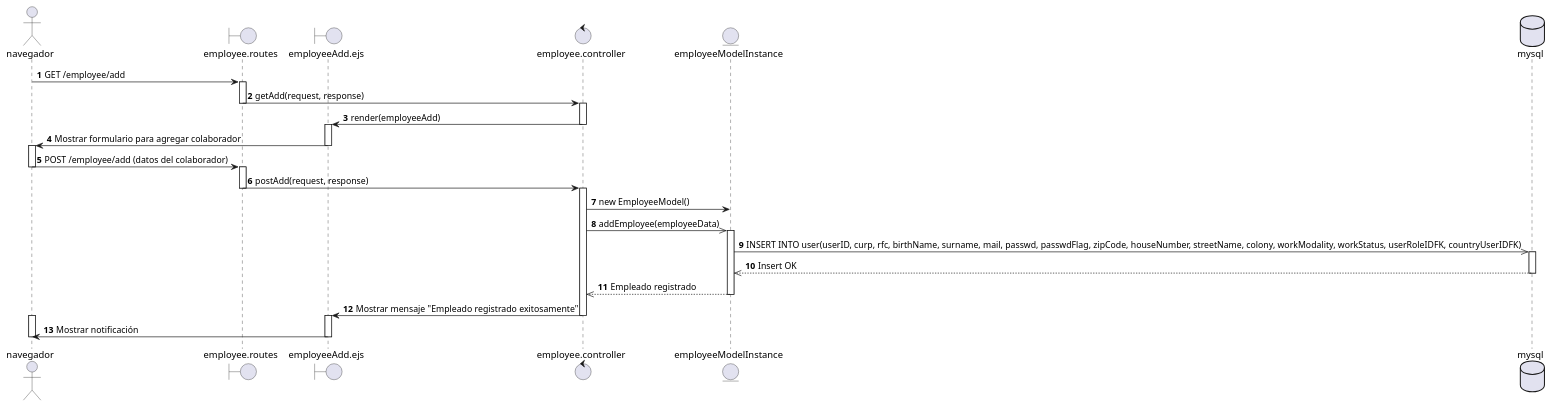
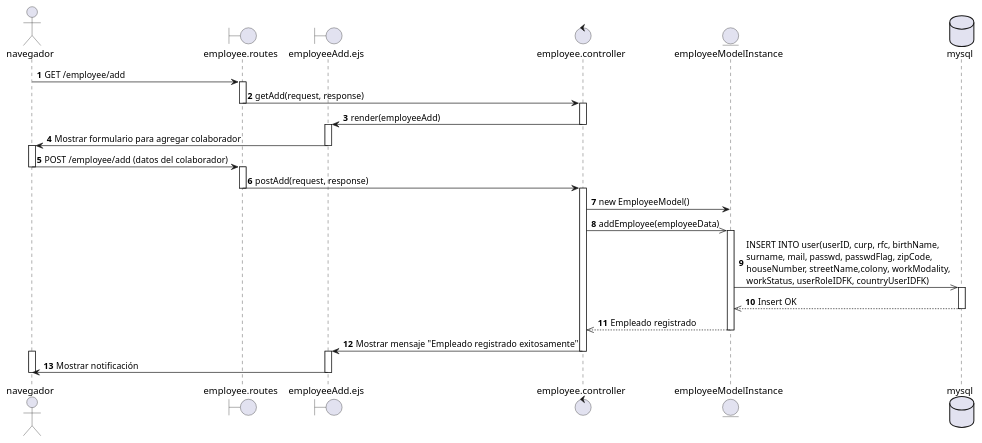
Before and after one commit to EdCanCe/WorkCells: the diagram in diagrams/Casos de Uso/CU Emilio/DS/CU01.puml, drawn with PlantUML. The commit also changed 3 other files, not shown here.

Commit message:
Documento avance 4 diagramas actualizados

```diff
--- a/diagrams/Casos de Uso/CU Emilio/DS/CU01.puml
+++ b/diagrams/Casos de Uso/CU Emilio/DS/CU01.puml
@@ -1,53 +1,53 @@
 @startuml CU01 - Super admin registra alta de empleado
 actor navegador
 boundary employee.routes
 boundary employeeAdd.ejs
 control employee.controller
 entity employeeModelInstance
 database mysql
 
 autonumber
 navegador -> employee.routes : GET /employee/add
 activate employee.routes
 
 employee.routes -> employee.controller: getAdd(request, response)
 deactivate employee.routes
 activate employee.controller
 
 employee.controller -> employeeAdd.ejs: render(employeeAdd)
 deactivate employee.controller
 activate employeeAdd.ejs
 
 employeeAdd.ejs -> navegador : Mostrar formulario para agregar colaborador
 deactivate employeeAdd.ejs
 activate navegador
 
 navegador -> employee.routes : POST /employee/add (datos del colaborador)
 deactivate navegador
 activate employee.routes
 
 employee.routes -> employee.controller : postAdd(request, response)
 deactivate employee.routes
 activate employee.controller
 
 employee.controller -> employeeModelInstance : new EmployeeModel()
 
 employee.controller ->> employeeModelInstance : addEmployee(employeeData)
 activate employeeModelInstance
 
-employeeModelInstance ->> mysql : INSERT INTO user(userID, curp, rfc, birthName, surname, mail, passwd, passwdFlag, zipCode, houseNumber, streetName, colony, workModality, workStatus, userRoleIDFK, countryUserIDFK)
+employeeModelInstance ->> mysql : INSERT INTO user(userID, curp, rfc, birthName,\nsurname, mail, passwd, passwdFlag, zipCode,\nhouseNumber, streetName,colony, workModality,\nworkStatus, userRoleIDFK, countryUserIDFK)
 activate mysql
 mysql -->> employeeModelInstance : Insert OK
 deactivate mysql
 employeeModelInstance -->> employee.controller : Empleado registrado
 deactivate employeeModelInstance
 
 employee.controller -> employeeAdd.ejs : Mostrar mensaje "Empleado registrado exitosamente"
 deactivate employee.controller
 activate employeeAdd.ejs
 activate navegador
 employeeAdd.ejs -> navegador : Mostrar notificación
 deactivate navegador
 deactivate employeeAdd.ejs
 deactivate employee.routes
 @enduml
```
